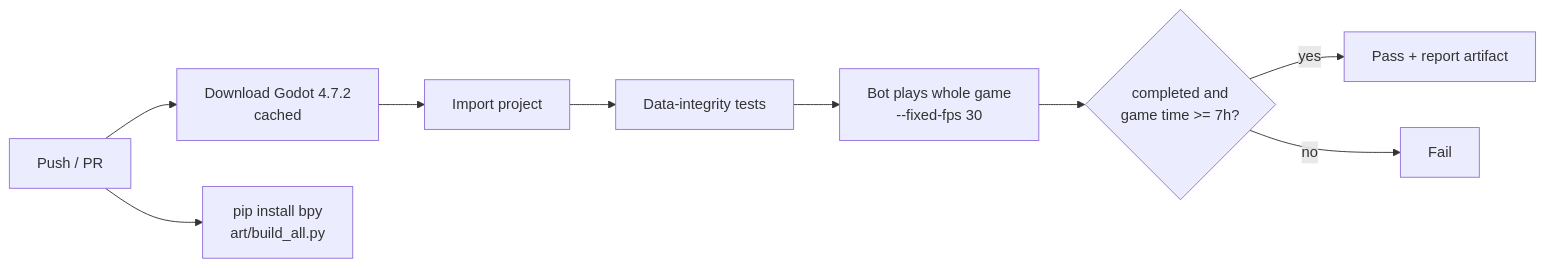
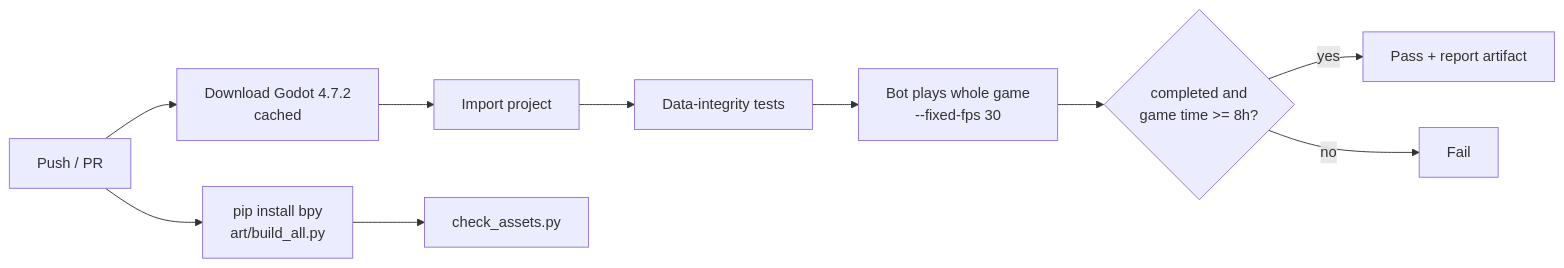
Before and after one commit to jgyy/timegox: diagram 13 of 13 in README.md, drawn with Mermaid. The commit also changed other lines of this file and 251 other files, not shown here.

````diff
--- a/README.md
+++ b/README.md
@@ -579,11 +693,11 @@
 ```mermaid
 flowchart LR
     PR[Push / PR] --> DL[Download Godot 4.7.2<br/>cached]
     DL --> IMP[Import project]
     IMP --> T[Data-integrity tests]
     T --> B[Bot plays whole game<br/>--fixed-fps 30]
-    B --> G{completed and<br/>game time >= 7h?}
-    PR --> ART[pip install bpy<br/>art/build_all.py]
+    B --> G{completed and<br/>game time >= 8h?}
+    PR --> ART[pip install bpy<br/>art/build_all.py] --> CHK[check_assets.py]
     G -- yes --> OK[Pass + report artifact]
     G -- no --> FAIL[Fail]
 ```
````
